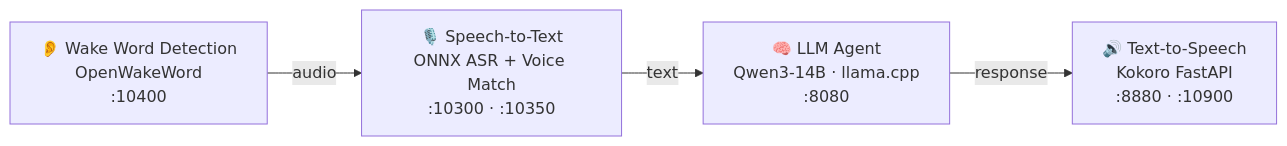
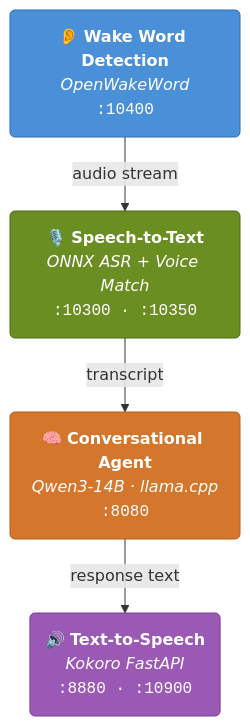
Before and after one commit to jxlarrea/homeassistant-voice-recipes: the diagram in README.md, drawn with Mermaid.

````diff
--- a/README.md
+++ b/README.md
@@ -11,9 +11,14 @@
 ```mermaid
-graph LR
-    A["👂 Wake Word Detection<br>OpenWakeWord<br>:10400"]
-    B["🎙️ Speech-to-Text<br>ONNX ASR + Voice Match<br>:10300 · :10350"]
-    C["🧠 LLM Agent<br>Qwen3-14B · llama.cpp<br>:8080"]
-    D["🔊 Text-to-Speech<br>Kokoro FastAPI<br>:8880 · :10900"]
+graph TD
+    A("👂 <b>Wake Word Detection</b><br><i>OpenWakeWord</i><br><code>:10400</code>")
+    B("🎙️ <b>Speech-to-Text</b><br><i>ONNX ASR + Voice Match</i><br><code>:10300 · :10350</code>")
+    C("🧠 <b>Conversational Agent</b><br><i>Qwen3-14B · llama.cpp</i><br><code>:8080</code>")
+    D("🔊 <b>Text-to-Speech</b><br><i>Kokoro FastAPI</i><br><code>:8880 · :10900</code>")
 
-    A -->|audio| B -->|text| C -->|response| D
+    A -- "audio stream" --> B -- "transcript" --> C -- "response text" --> D
+
+    style A fill:#4a90d9,stroke:#2a6cb8,color:#fff
+    style B fill:#6b8e23,stroke:#4a6b14,color:#fff
+    style C fill:#d4772c,stroke:#b35d1a,color:#fff
+    style D fill:#9b59b6,stroke:#7d3c98,color:#fff
 ```
````
